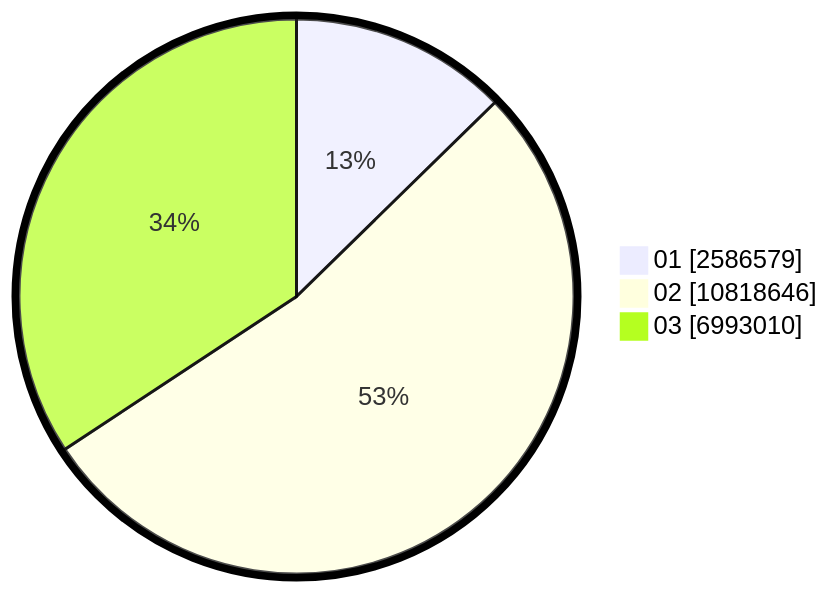
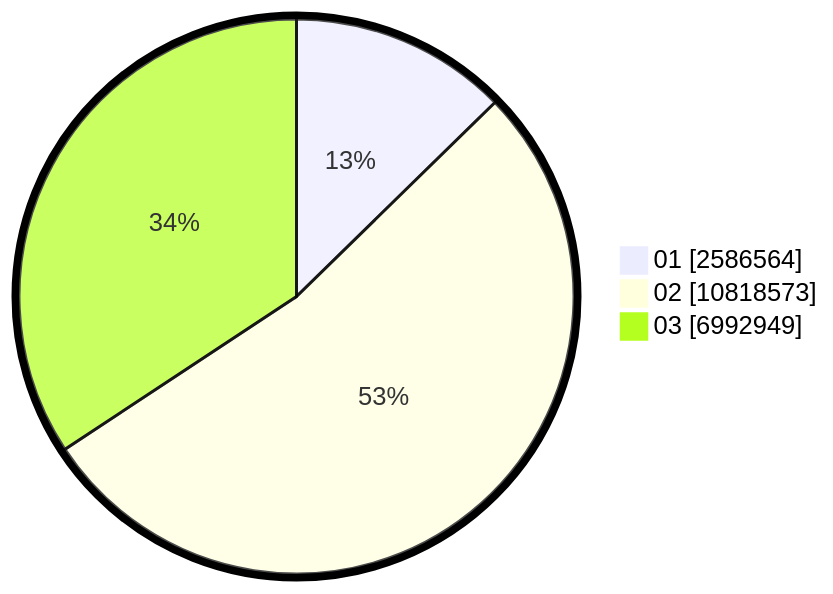
The second of 2 diagrams in pilpres/hitung-suara/sub/table-wilayah-33.md (gigit-pemilu/pemilu-2024), drawn with Mermaid before and after one commit. The commit also changed other lines of this file and 7 other files, not shown here.

````diff
--- a/pilpres/hitung-suara/sub/table-wilayah-33.md
+++ b/pilpres/hitung-suara/sub/table-wilayah-33.md
@@ -15,7 +15,7 @@
 ```mermaid
 %%{init: {"pie": {"textPosition": 0.5}, "themeVariables": {"pieOuterStrokeWidth": "5px"}} }%%
 pie showData
-    "01" : 2586579
-    "02" : 10818646
-    "03" : 6993010
+    "01" : 2586564
+    "02" : 10818573
+    "03" : 6992949
 ```
````
